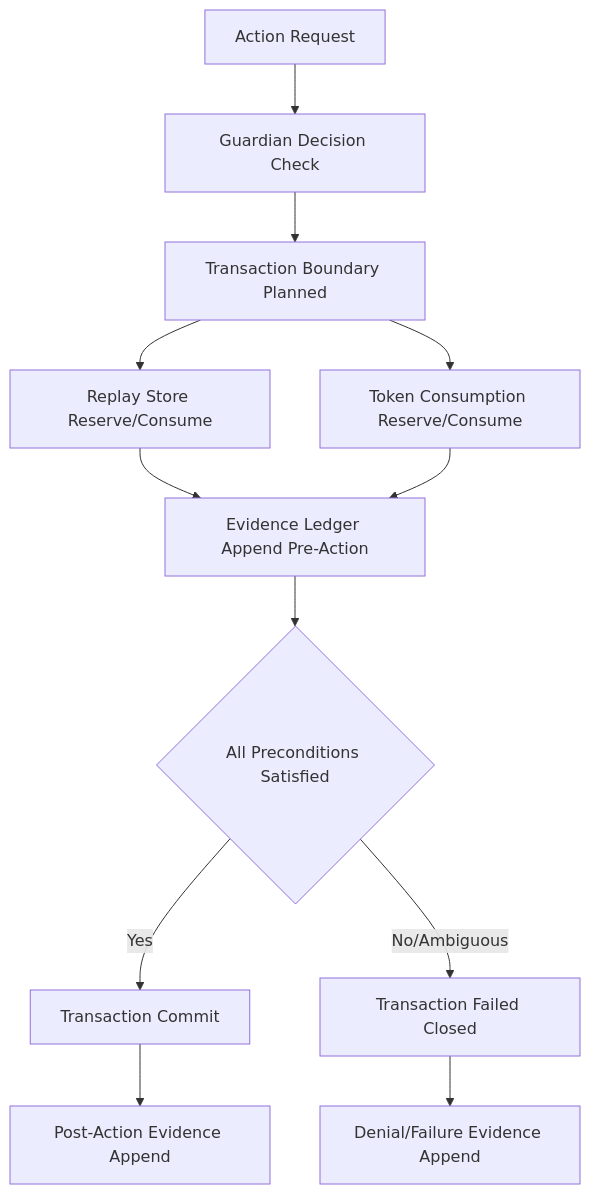
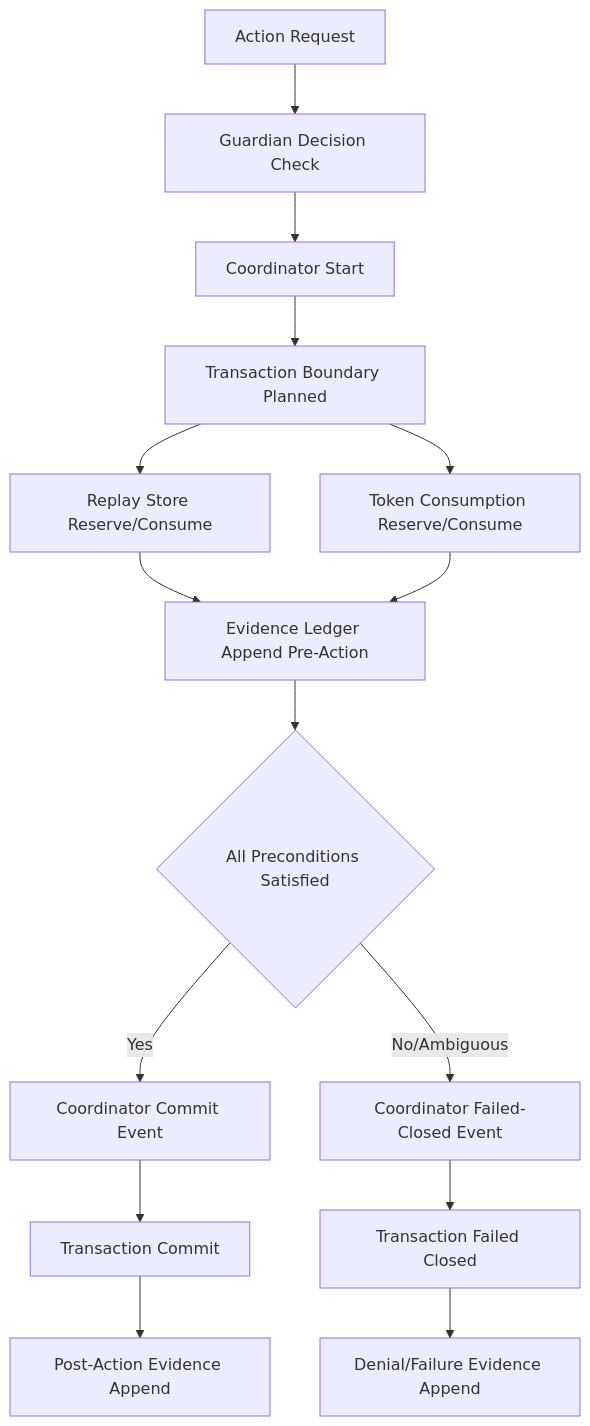
The first of 3 diagrams in docs/architecture/DURABLE_STORAGE_ARCHITECTURE.md (armpit-symphony/Lima-Office), drawn with Mermaid before and after one commit. The commit also changed other lines of this file and 23 other files, not shown here.

Commit message:
Add durable transaction coordinator design

````diff
--- a/docs/architecture/DURABLE_STORAGE_ARCHITECTURE.md
+++ b/docs/architecture/DURABLE_STORAGE_ARCHITECTURE.md
@@ -38,14 +43,17 @@
 ```mermaid
 flowchart TD
   A[Action Request] --> B[Guardian Decision Check]
-  B --> C[Transaction Boundary Planned]
-  C --> D[Replay Store Reserve/Consume]
-  C --> E[Token Consumption Reserve/Consume]
-  D --> F[Evidence Ledger Append Pre-Action]
-  E --> F
-  F --> G{All Preconditions Satisfied}
-  G -- Yes --> H[Transaction Commit]
-  G -- No/Ambiguous --> I[Transaction Failed Closed]
-  H --> J[Post-Action Evidence Append]
-  I --> K[Denial/Failure Evidence Append]
+  B --> C[Coordinator Start]
+  C --> D[Transaction Boundary Planned]
+  D --> E[Replay Store Reserve/Consume]
+  D --> F[Token Consumption Reserve/Consume]
+  E --> G[Evidence Ledger Append Pre-Action]
+  F --> G
+  G --> H{All Preconditions Satisfied}
+  H -- Yes --> I[Coordinator Commit Event]
+  I --> J[Transaction Commit]
+  J --> K[Post-Action Evidence Append]
+  H -- No/Ambiguous --> L[Coordinator Failed-Closed Event]
+  L --> M[Transaction Failed Closed]
+  M --> N[Denial/Failure Evidence Append]
 ```
````
